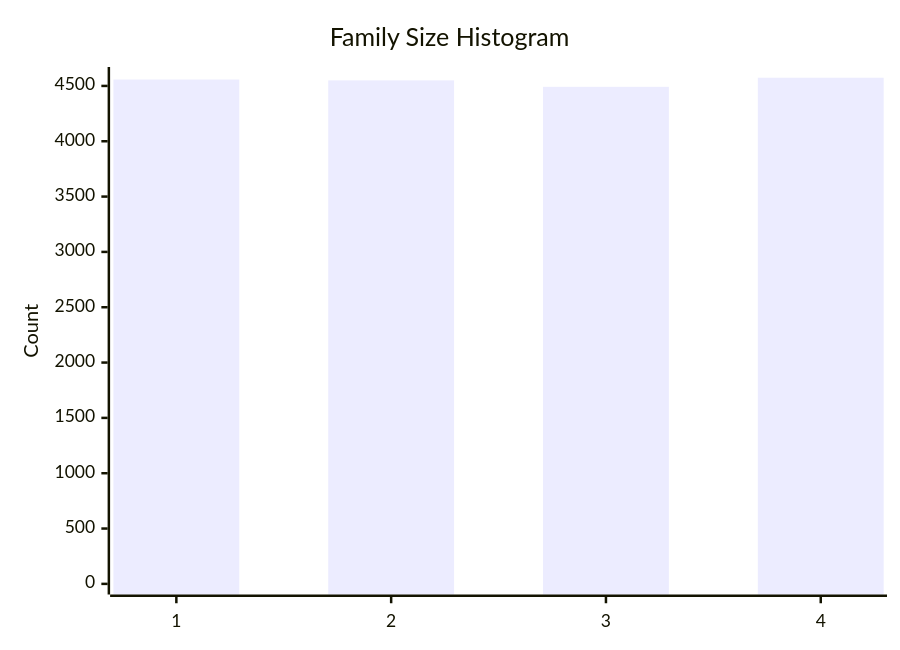
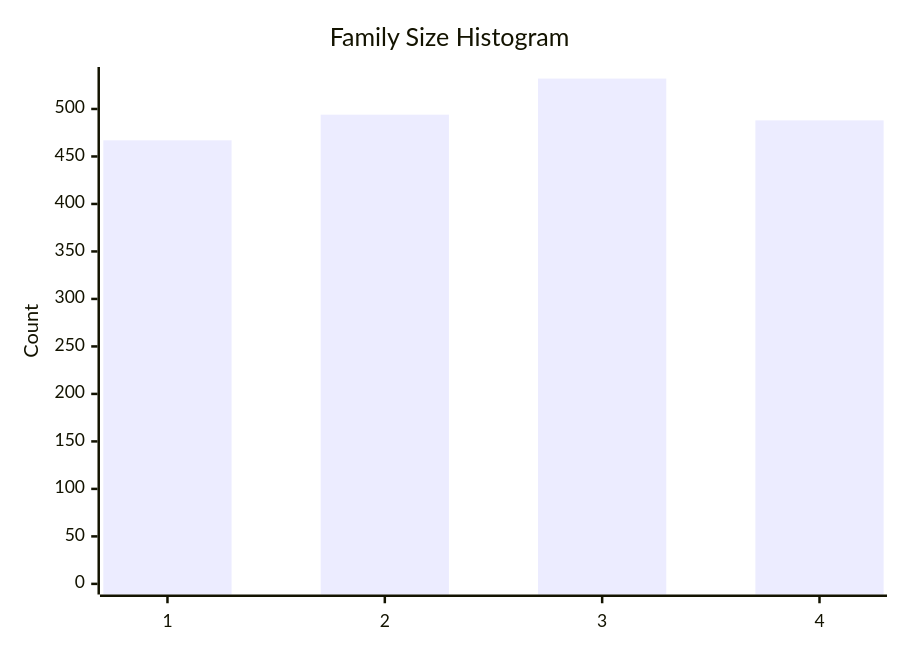
One commit to dhagan-va/intern-2025 changed the fifth of 10 diagrams in test-tools/DataGen/src/Statistics_Visualizer.md. Above: the diagram before and after it, drawn with Mermaid. The commit also changed other lines of this file and 5 other files, not shown here.

````diff
--- a/test-tools/DataGen/src/Statistics_Visualizer.md
+++ b/test-tools/DataGen/src/Statistics_Visualizer.md
@@ -57,7 +57,7 @@
 ```mermaid
 xychart-beta
     title "Family Size Histogram"
     x-axis ["1", "2", "3", "4"]
-    y-axis "Count" 0 --> 4575
-    bar [4558, 4550, 4492, 4574]
+    y-axis "Count" 0 --> 533
+    bar [467, 494, 532, 488]
 ```
````
